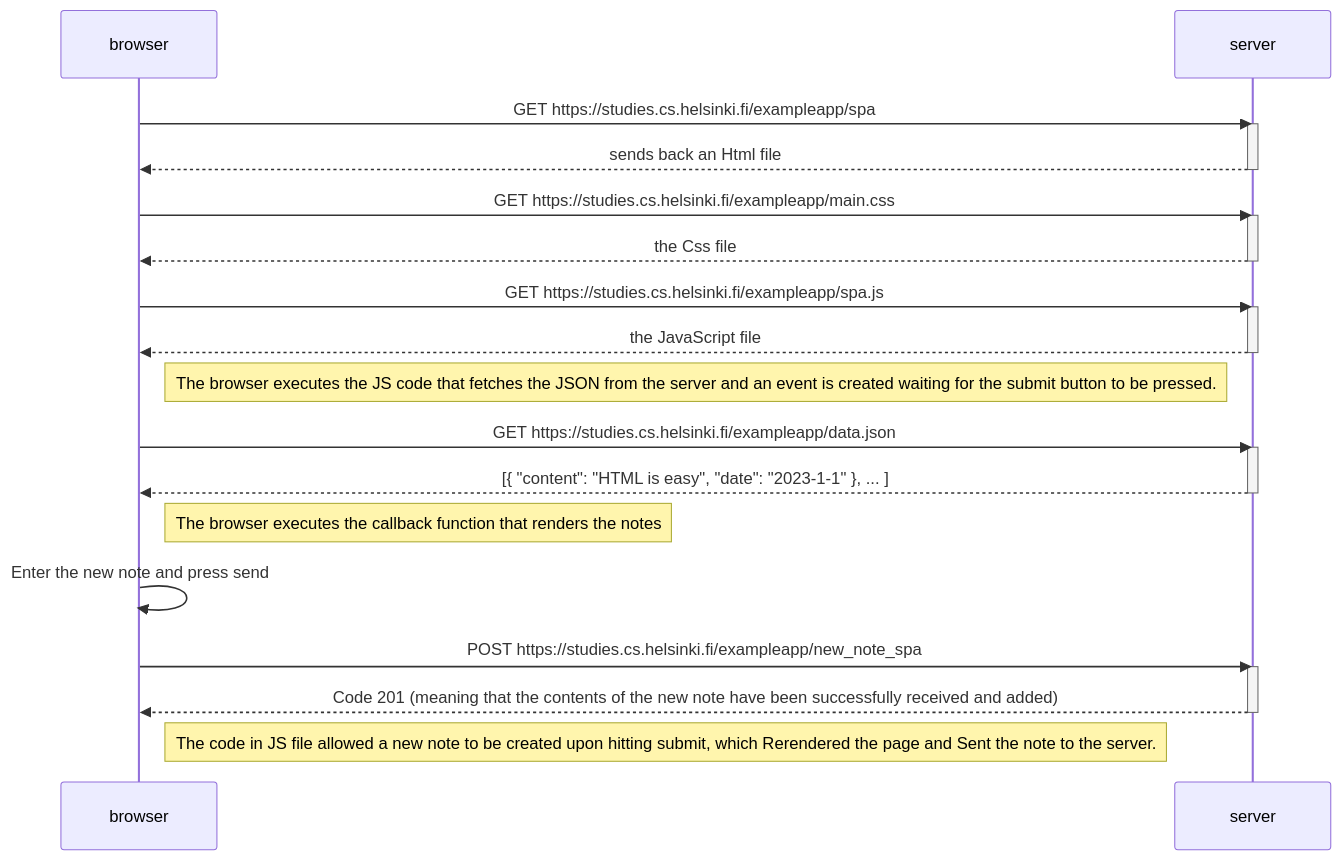
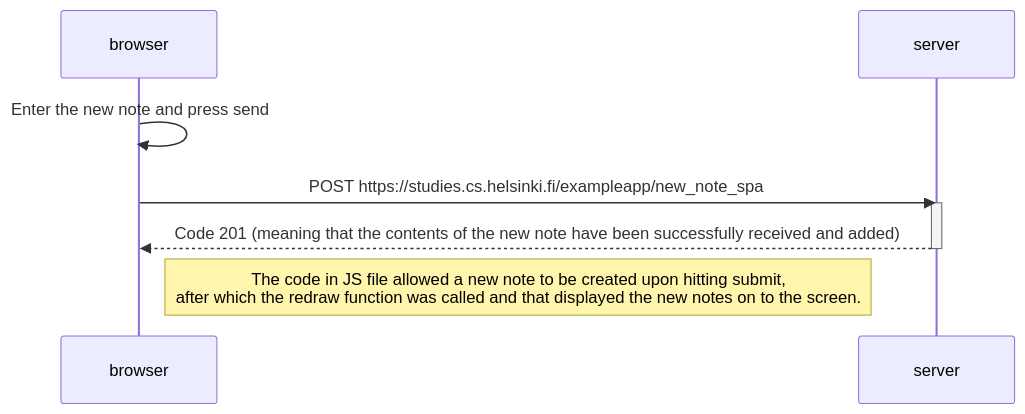
Before and after one commit to Psyduck-m/fullStack_Challenge: the diagram in part0/Ex0.5.md, drawn with Mermaid. The commit also changed 1 other file, not shown here.

````diff
--- a/part0/Ex0.5.md
+++ b/part0/Ex0.5.md
@@ -2,38 +2,14 @@
 ```mermaid
 sequenceDiagram
     participant browser
     participant server
-
-    browser->>server: GET https://studies.cs.helsinki.fi/exampleapp/spa
-    activate server
-    server-->>browser: sends back an Html file
-    deactivate server
-
-    browser->>server: GET https://studies.cs.helsinki.fi/exampleapp/main.css
-    activate server
-    server-->>browser: the Css file
-    deactivate server
-
-    browser->>server: GET https://studies.cs.helsinki.fi/exampleapp/spa.js
-    activate server
-    server-->>browser: the JavaScript file
-    deactivate server
-
-    Note right of browser: The browser executes the JS code that fetches the JSON from the server and an event is created waiting for the submit button to be pressed.
-
-    browser->>server: GET https://studies.cs.helsinki.fi/exampleapp/data.json
-    activate server
-    server-->>browser: [{ "content": "HTML is easy", "date": "2023-1-1" }, ... ]
-    deactivate server
-
-    Note right of browser: The browser executes the callback function that renders the notes
 
     browser->>browser: Enter the new note and press send
 
     browser->>server: POST https://studies.cs.helsinki.fi/exampleapp/new_note_spa
     activate server
     server-->>browser: Code 201 (meaning that the contents of the new note have been successfully received and added)
     deactivate server
 
-    Note right of browser: The code in JS file allowed a new note to be created upon hitting submit, which Rerendered the page and Sent the note to the server.
+    Note right of browser: The code in JS file allowed a new note to be created upon hitting submit,<br> after which the redraw function was called and that displayed the new notes on to the screen.
 ```
````
